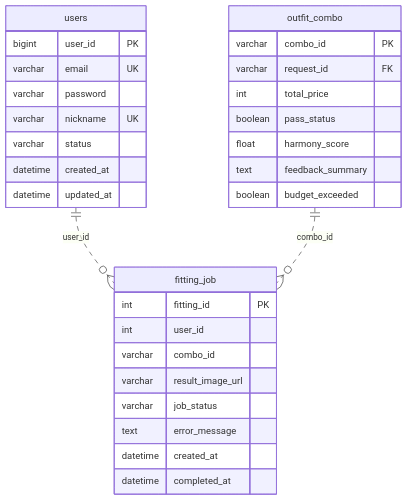
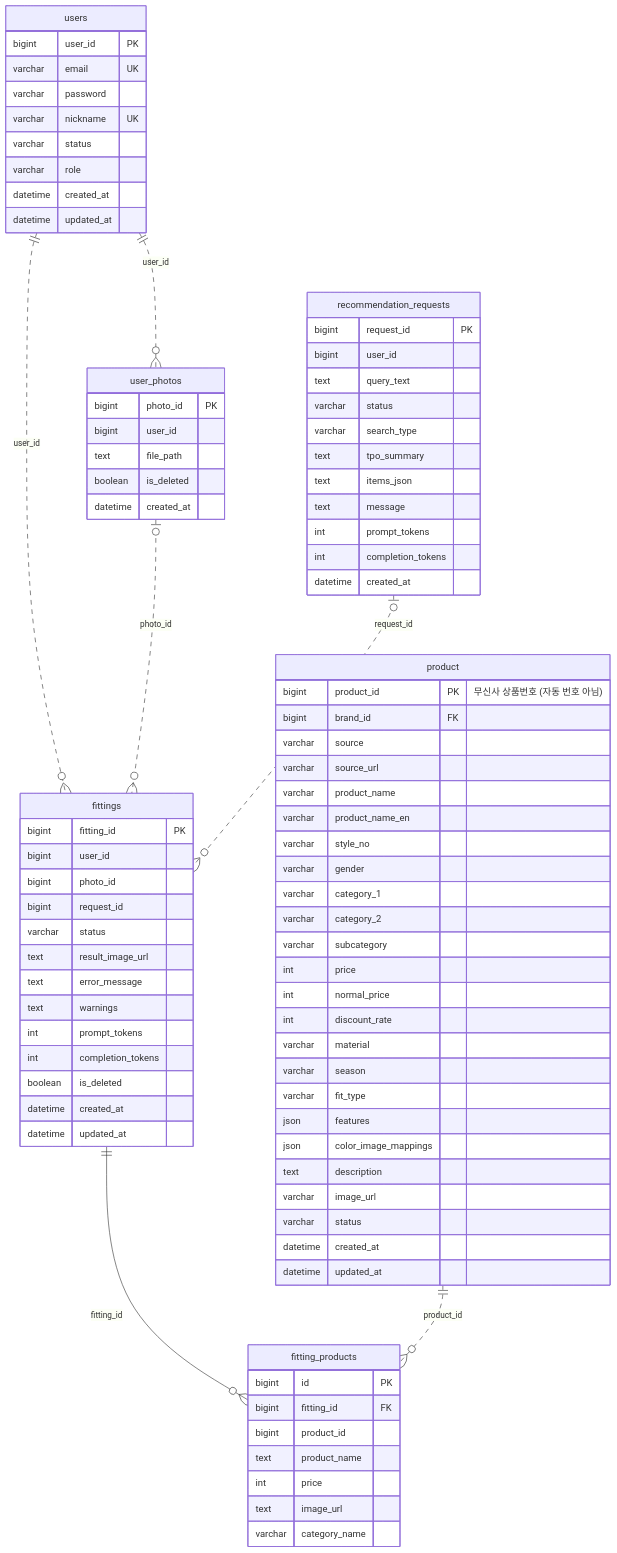
The diagram in docs/erd/vton-service.mmd (duckfairy-wak/fitzza_msa_finalproject), drawn with Mermaid before and after one commit. The commit also changed 28 other files, not shown here.

First line of the commit message:
[Docs]_03/Align_ERD_With_Implemented_Schema

```diff
--- a/docs/erd/vton-service.mmd
+++ b/docs/erd/vton-service.mmd
@@ -1,46 +1,105 @@
 erDiagram
     %% Central service: vton-service
     %% Source: ../entity-relationship-diagram.mmd
     %% Original columns, cardinalities and line styles preserved.
     %% || = exactly one; o| = zero or one; o{ = zero or more; |{ = one or more.
     %% Edge labels name the referencing column in the child table.
     %% Cross-service edges are logical references, not cross-schema FK or direct access.
-    %% Owned tables: fitting_job
-    %% External table: outfit_combo (recommendation-service)
+    %% Owned tables: fittings, fitting_products, user_photos
+    %% External table: product (product-service)
+    %% External table: recommendation_requests (recommendation-service)
     %% External table: users (user-service)
-    %% This domain is marked unimplemented in the original ERD.
 
     %% Internal and directly connected external relationships
-    users ||..o{ fitting_job : "user_id"
-    outfit_combo ||..o{ fitting_job : "combo_id"
+    users ||..o{ fittings : "user_id"
+    users ||..o{ user_photos : "user_id"
+    fittings ||--o{ fitting_products : "fitting_id"
+    user_photos |o..o{ fittings : "photo_id"
+    recommendation_requests |o..o{ fittings : "request_id"
+    product ||..o{ fitting_products : "product_id"
 
-    fitting_job {
-        int fitting_id PK
-        int user_id
-        varchar combo_id
-        varchar result_image_url
-        varchar job_status
+    fittings {
+        bigint fitting_id PK
+        bigint user_id
+        bigint photo_id
+        bigint request_id
+        varchar status
+        text result_image_url
         text error_message
+        text warnings
+        int prompt_tokens
+        int completion_tokens
+        boolean is_deleted
         datetime created_at
-        datetime completed_at
+        datetime updated_at
     }
 
-    outfit_combo {
-        varchar combo_id PK
-        varchar request_id FK
-        int total_price
-        boolean pass_status
-        float harmony_score
-        text feedback_summary
-        boolean budget_exceeded
+    fitting_products {
+        bigint id PK
+        bigint fitting_id FK
+        bigint product_id
+        text product_name
+        int price
+        text image_url
+        varchar category_name
+    }
+
+    user_photos {
+        bigint photo_id PK
+        bigint user_id
+        text file_path
+        boolean is_deleted
+        datetime created_at
+    }
+
+    product {
+        bigint product_id PK "무신사 상품번호 (자동 번호 아님)"
+        bigint brand_id FK
+        varchar source
+        varchar source_url
+        varchar product_name
+        varchar product_name_en
+        varchar style_no
+        varchar gender
+        varchar category_1
+        varchar category_2
+        varchar subcategory
+        int price
+        int normal_price
+        int discount_rate
+        varchar material
+        varchar season
+        varchar fit_type
+        json features
+        json color_image_mappings
+        text description
+        varchar image_url
+        varchar status
+        datetime created_at
+        datetime updated_at
+    }
+
+    recommendation_requests {
+        bigint request_id PK
+        bigint user_id
+        text query_text
+        varchar status
+        varchar search_type
+        text tpo_summary
+        text items_json
+        text message
+        int prompt_tokens
+        int completion_tokens
+        datetime created_at
     }
 
     users {
         bigint user_id PK
         varchar email UK
         varchar password
         varchar nickname UK
         varchar status
+        varchar role
         datetime created_at
         datetime updated_at
     }
```
